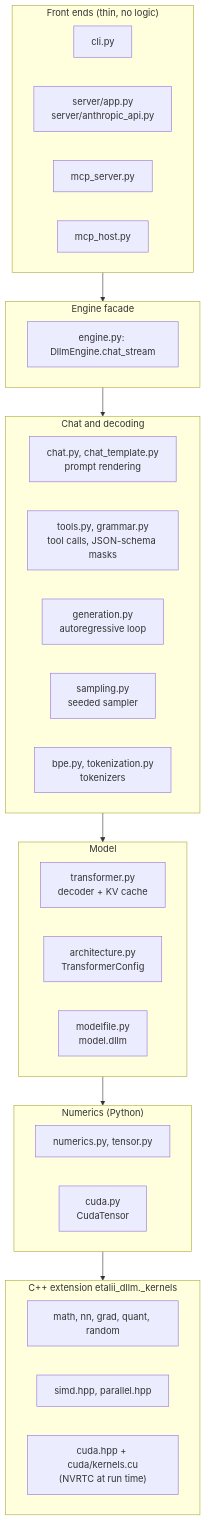
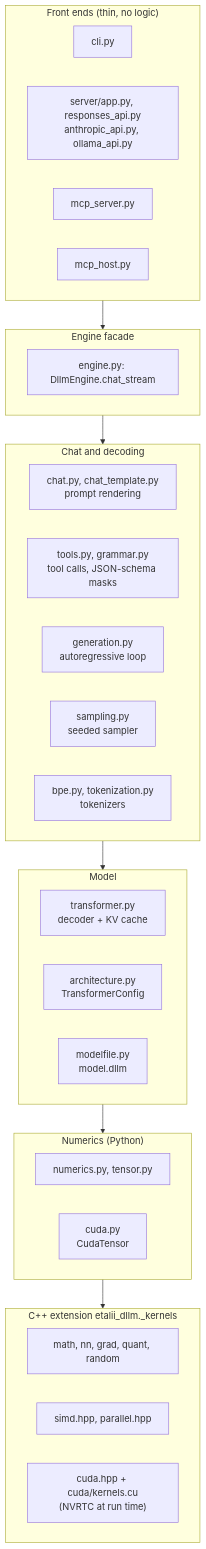
The second of 2 diagrams in docs/architecture/README.md (vrenken/etalii.dllm), drawn with Mermaid before and after one commit. The commit also changed other lines of this file and 1 other file, not shown here.

First line of the commit message:
Architecture docs: front ends, APIs and MCP

````diff
--- a/docs/architecture/README.md
+++ b/docs/architecture/README.md
@@ -80,45 +80,45 @@
 ```mermaid
 flowchart TB
     subgraph fe["Front ends (thin, no logic)"]
         direction LR
         cli["cli.py"]
-        app["server/app.py<br/>server/anthropic_api.py"]
+        app["server/app.py, responses_api.py<br/>anthropic_api.py, ollama_api.py"]
         mcps["mcp_server.py"]
         mcph["mcp_host.py"]
     end
 
     subgraph eng["Engine facade"]
         engine["engine.py: DllmEngine.chat_stream"]
     end
 
     subgraph chat["Chat and decoding"]
         direction LR
         tmpl["chat.py, chat_template.py<br/>prompt rendering"]
         tools["tools.py, grammar.py<br/>tool calls, JSON-schema masks"]
         gen["generation.py<br/>autoregressive loop"]
         samp["sampling.py<br/>seeded sampler"]
         tok["bpe.py, tokenization.py<br/>tokenizers"]
     end
 
     subgraph model["Model"]
         direction LR
         tr["transformer.py<br/>decoder + KV cache"]
         arch["architecture.py<br/>TransformerConfig"]
         mf["modelfile.py<br/>model.dllm"]
     end
 
     subgraph num["Numerics (Python)"]
         direction LR
         numerics["numerics.py, tensor.py"]
         cuda["cuda.py<br/>CudaTensor"]
     end
 
     subgraph cpp["C++ extension etalii_dllm._kernels"]
         direction LR
         kern["math, nn, grad, quant, random"]
         disp["simd.hpp, parallel.hpp"]
         cu["cuda.hpp + cuda/kernels.cu<br/>(NVRTC at run time)"]
     end
 
     fe --> eng --> chat --> model --> num --> cpp
 ```
````
